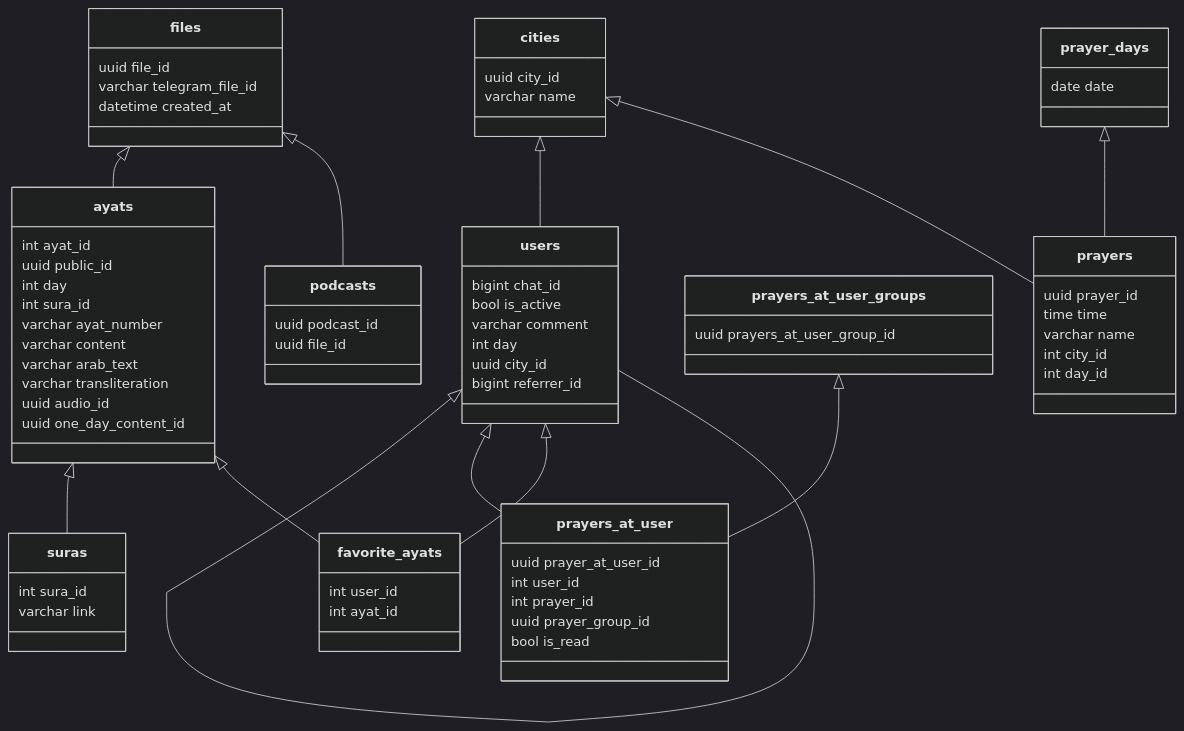
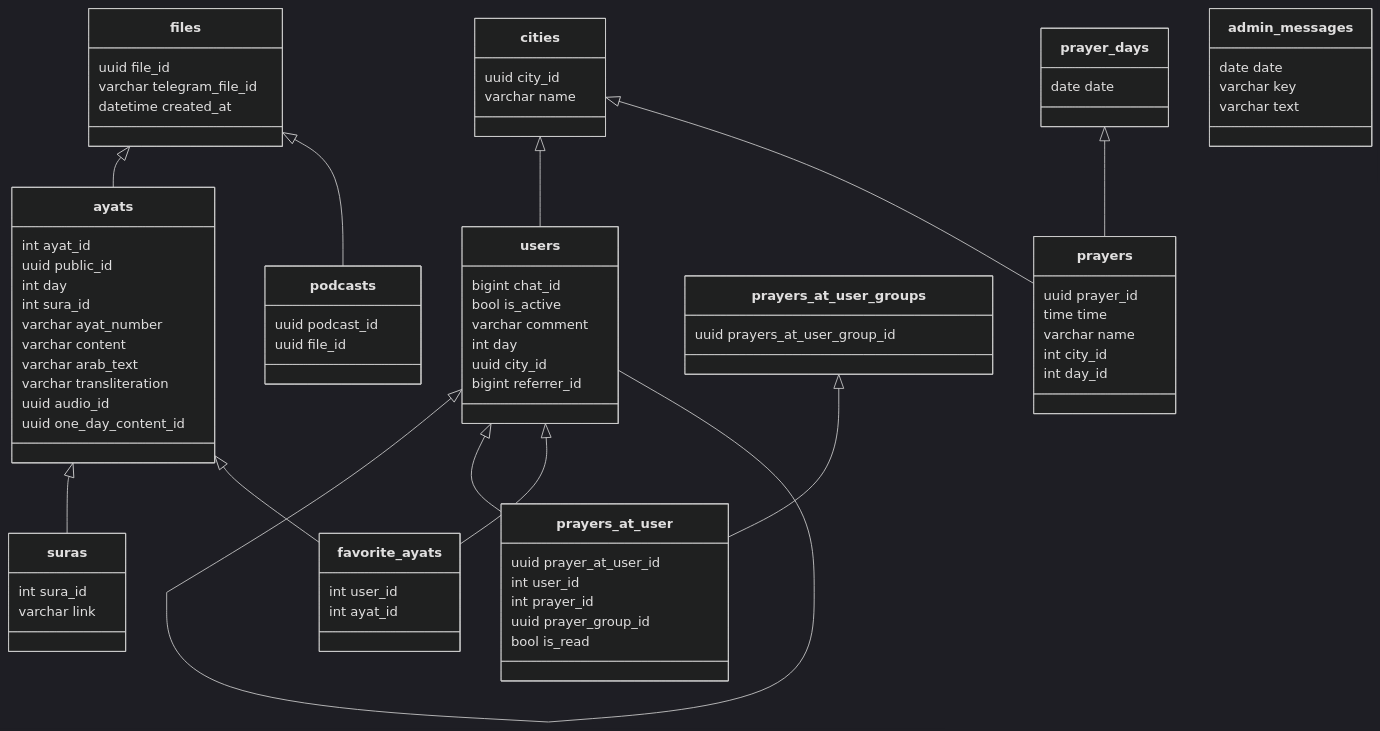
One commit to blablatdinov/tg-quranbot changed the diagram in docs/db_schema_specification.md. Above: the diagram before and after it, drawn with Mermaid (dark theme). The commit also changed 5 other files, not shown here.

````diff
--- a/docs/db_schema_specification.md
+++ b/docs/db_schema_specification.md
@@ -3,75 +3,80 @@
 ```mermaid
 classDiagram
     files <|-- ayats
     files <|-- podcasts
     users <|-- users
     ayats <|-- suras
     cities <|-- users
     users <|-- prayers_at_user
     prayers_at_user_groups <|-- prayers_at_user
     cities <|-- prayers
     prayer_days <|-- prayers
     users <|-- favorite_ayats
     ayats <|-- favorite_ayats
     class ayats{
         int ayat_id
         uuid public_id
         int day
         int sura_id
         varchar ayat_number
         varchar content
         varchar arab_text
         varchar transliteration
         uuid audio_id
         uuid one_day_content_id
     }
     class favorite_ayats{
         int user_id
         int ayat_id
     }
     class suras{
         int sura_id
         varchar link
     }
     class files{
         uuid file_id
         varchar telegram_file_id
         datetime created_at
     }
     class users{
         bigint chat_id
         bool is_active
         varchar comment
         int day
         uuid city_id
         bigint referrer_id
     }
     class cities{
         uuid city_id
         varchar name
     }
     class podcasts{
         uuid podcast_id
         uuid file_id
     }
     class prayers{
         uuid prayer_id
         time time
         varchar name
         int city_id
         int day_id
     }
     class prayers_at_user{
         uuid prayer_at_user_id
         int user_id
         int prayer_id
         uuid prayer_group_id
         bool is_read
     }
     class prayers_at_user_groups{
         uuid prayers_at_user_group_id
     }
     class prayer_days{
         date date
     }
+    class admin_messages{
+        date date
+        varchar key
+        varchar text
+    }
 ```
````
